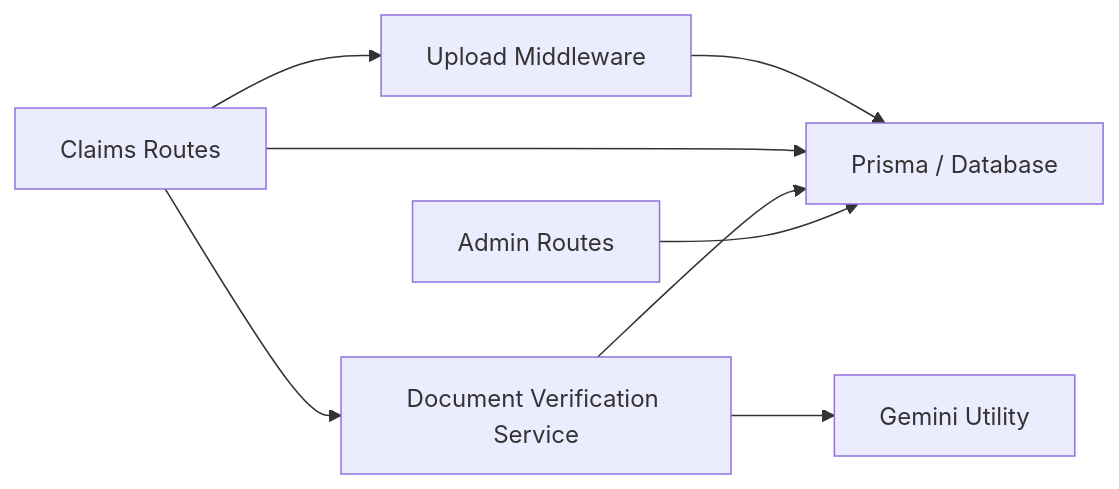
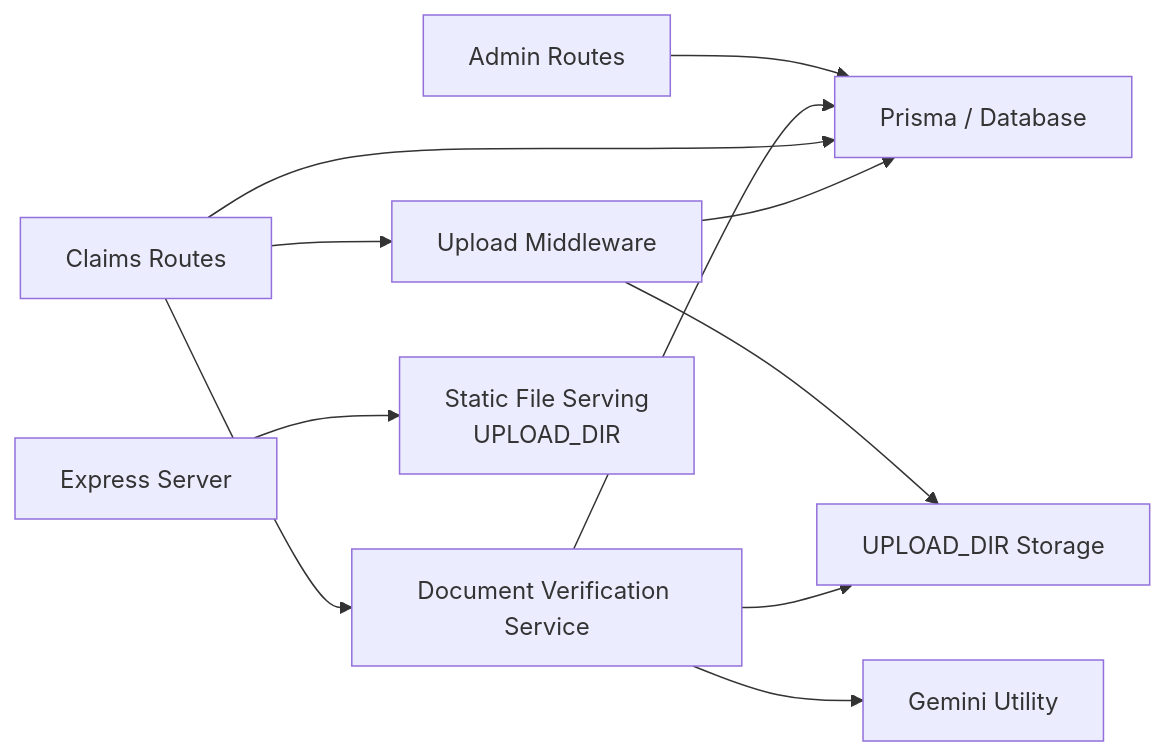
One commit to NaveenHiranya/Smart-Vehicle-Insurance-Claim-System changed the sixth of 6 diagrams in .qoder/repowiki/en/content/Backend Documentation/Business Logic & Services/Document Verification Service.md. Above: the diagram before and after it, drawn with Mermaid. The commit also changed other lines of this file and 65 other files, not shown here.

````diff
--- a/.qoder/repowiki/en/content/Backend Documentation/Business Logic & Services/Document Verification Service.md
+++ b/.qoder/repowiki/en/content/Backend Documentation/Business Logic & Services/Document Verification Service.md
@@ -305,10 +327,13 @@
 ```mermaid
 graph LR
 ClaimsRoutes["Claims Routes"] --> UploadMW["Upload Middleware"]
 ClaimsRoutes --> DocSvc["Document Verification Service"]
 AdminRoutes["Admin Routes"] --> DB["Prisma / Database"]
 DocSvc --> DB
 DocSvc --> GeminiUtil["Gemini Utility"]
 ClaimsRoutes --> DB
 UploadMW --> DB
+UploadMW --> Storage["UPLOAD_DIR Storage"]
+DocSvc --> Storage
+Index["Express Server"] --> Static["Static File Serving<br/>UPLOAD_DIR"]
 ```
````
